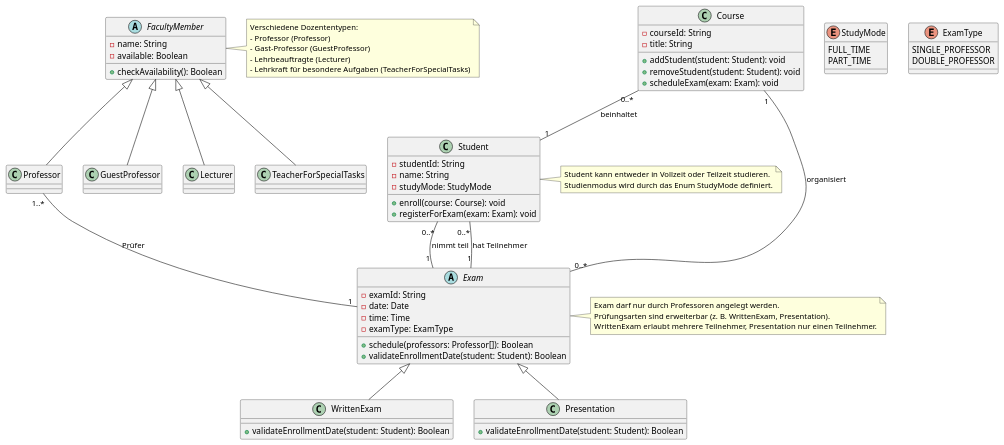
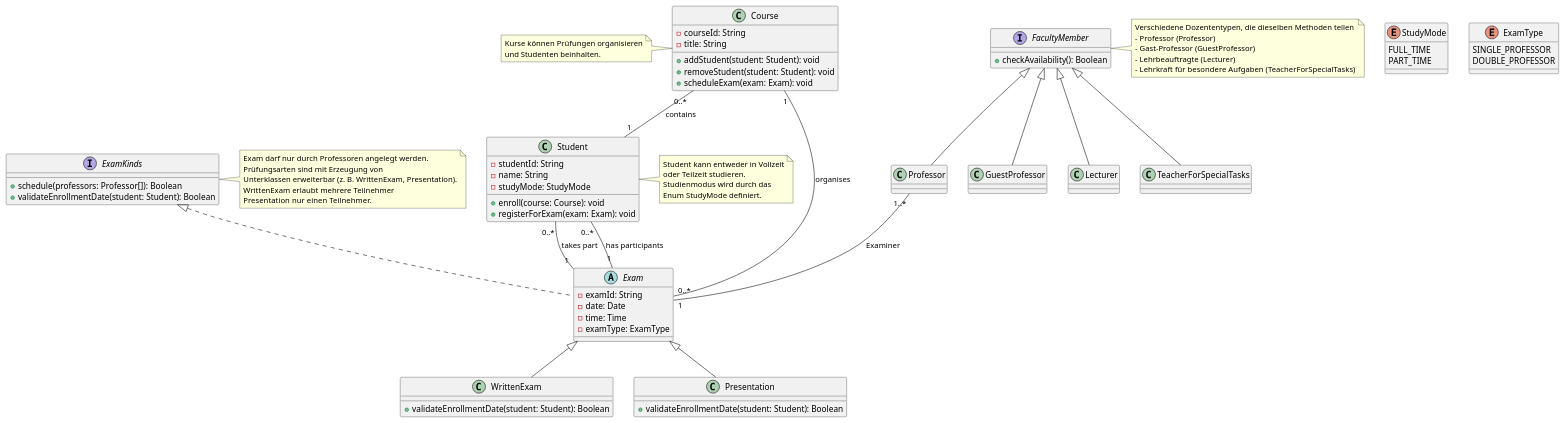
The diagram in uebung2/uml.puml (christingoeb/swe_uebung), drawn with PlantUML before and after one commit. The commit also changed other lines of this file and 11 other files, not shown here.

```diff
--- a/uebung2/uml.puml
+++ b/uebung2/uml.puml
@@ -28,92 +36,103 @@
 @startuml
 
 ' Enum für Studienmodus der Studierenden
 enum StudyMode {
     FULL_TIME
     PART_TIME
 }
 
 ' Enum für Prüfungsarten
 enum ExamType {
     SINGLE_PROFESSOR
     DOUBLE_PROFESSOR
 }
 
-' Abstrakte Klasse für verschiedene Dozententypen
-abstract class FacultyMember {
-    -name: String
-    -available: Boolean
+' Interface für verschiedene Dozententypen
+interface FacultyMember {
     +checkAvailability(): Boolean
 }
 
 ' Spezifische Dozententypen als Subklassen
 class Professor extends FacultyMember
 class GuestProfessor extends FacultyMember
 class Lecturer extends FacultyMember
 class TeacherForSpecialTasks extends FacultyMember
 
 ' Klasse Student mit zusätzlichen Attributen
 class Student {
     -studentId: String
     -name: String
     -studyMode: StudyMode
     +enroll(course: Course): void
     +registerForExam(exam: Exam): void
 }
 
-' Abstrakte Klasse Exam mit Datum und Validierungsmethoden
-abstract class Exam {
+' Interface Exam mit Datum und Validierungsmethoden
+interface ExamKinds {
+    +schedule(professors: Professor[]): Boolean
+    +validateEnrollmentDate(student: Student): Boolean
+}
+
+' Abstrakte Klasse für verschiedene Prüfungsarten
+abstract class Exam implements ExamKinds {
     -examId: String
     -date: Date
     -time: Time
     -examType: ExamType
-    +schedule(professors: Professor[]): Boolean
-    +validateEnrollmentDate(student: Student): Boolean
 }
 
 ' Spezifische Prüfungsarten als Subklassen von Exam
 class WrittenExam extends Exam {
     +validateEnrollmentDate(student: Student): Boolean
 }
 
 class Presentation extends Exam {
     +validateEnrollmentDate(student: Student): Boolean
 }
 
 ' Klasse Course mit Beziehung zu Prüfungen und Studenten
 class Course {
     -courseId: String
     -title: String
     +addStudent(student: Student): void
     +removeStudent(student: Student): void
     +scheduleExam(exam: Exam): void
 }
 
 ' Assoziationen und Kardinalitäten
-Professor "1..*" -- "1" Exam : Prüfer
-Student "0..*" -- "1" Exam : nimmt teil
-Course "1" -- "0..*" Exam : organisiert
-Course "0..*" -- "1" Student : beinhaltet
-Exam "1" -- "0..*" Student : hat Teilnehmer
+Professor "1..*" -- "1" Exam : Examiner
+Student "0..*" -- "1" Exam : takes part
+Course "1" -- "0..*" Exam : organises
+Course "0..*" -- "1" Student : contains
+Exam "1" -- "0..*" Student : has participants
 
 ' Zusätzliche Notizen
 note right of Student
-    Student kann entweder in Vollzeit oder Teilzeit studieren.
-    Studienmodus wird durch das Enum StudyMode definiert.
+    Student kann entweder in Vollzeit
+    oder Teilzeit studieren.
+    Studienmodus wird durch das
+    Enum StudyMode definiert.
 end note
 
 note right of FacultyMember
-    Verschiedene Dozententypen:
+    Verschiedene Dozententypen, die dieselben Methoden teilen
     - Professor (Professor)
     - Gast-Professor (GuestProfessor)
     - Lehrbeauftragte (Lecturer)
     - Lehrkraft für besondere Aufgaben (TeacherForSpecialTasks)
 end note
 
-note right of Exam
+note right of ExamKinds
     Exam darf nur durch Professoren angelegt werden.
-    Prüfungsarten sind erweiterbar (z. B. WrittenExam, Presentation).
-    WrittenExam erlaubt mehrere Teilnehmer, Presentation nur einen Teilnehmer.
+    Prüfungsarten sind mit Erzeugung von
+    Unterklassen erweiterbar (z. B. WrittenExam, Presentation).
+    WrittenExam erlaubt mehrere Teilnehmer
+    Presentation nur einen Teilnehmer.
+end note
+
+note left of Course
+    Kurse können Prüfungen organisieren
+    und Studenten beinhalten.
 end note
 
 @enduml
```
